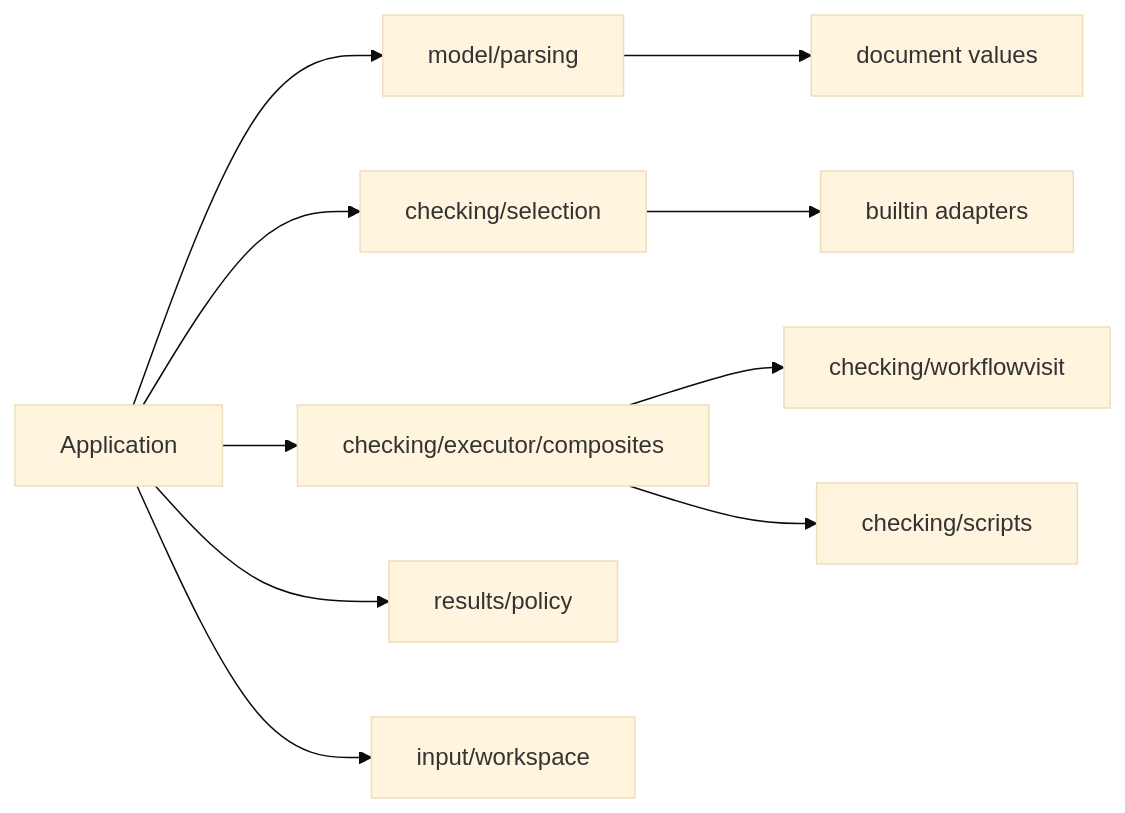
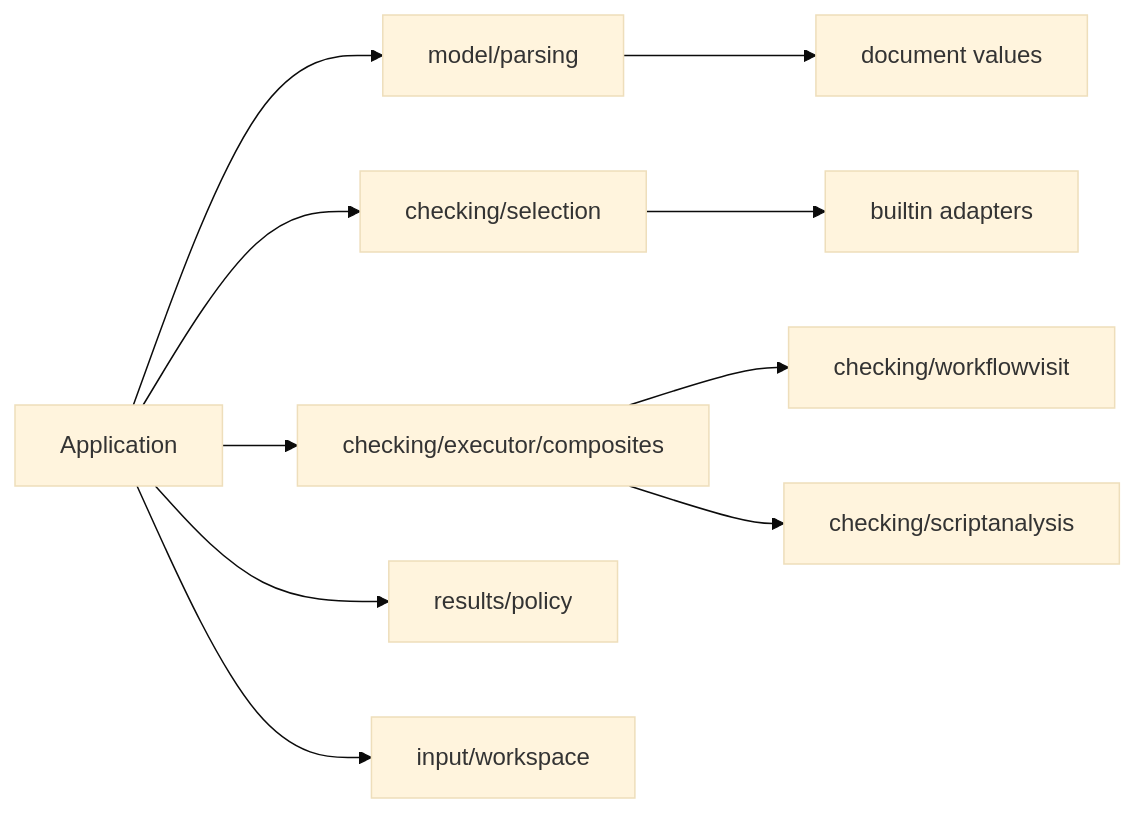
The diagram in docs/design/analysis-ownership.md (kjanat/actionlint), drawn with Mermaid (base theme) before and after one commit. The commit also changed other lines of this file and 2363 other files, not shown here.

````diff
--- a/docs/design/analysis-ownership.md
+++ b/docs/design/analysis-ownership.md
@@ -35,12 +35,12 @@
 ```mermaid
 flowchart LR
     Application --> Decode[model/parsing]
     Application --> Registry[checking/selection]
     Application --> Composition[checking/executor/composites]
     Registry --> Builtin[builtin adapters]
     Composition --> Engine[checking/workflowvisit]
-    Composition --> Scripts[checking/scripts]
+    Composition --> Scripts[checking/scriptanalysis]
     Application --> Policy[results/policy]
     Application --> Workspace[input/workspace]
     Decode --> Documents[document values]
 ```
````
